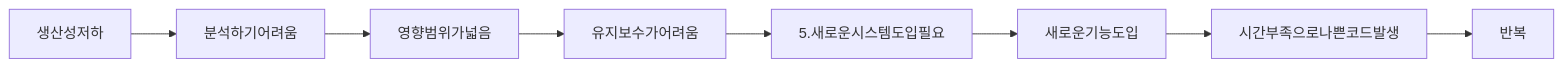
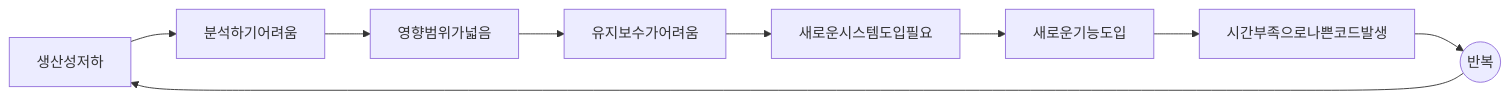
Before and after one commit to deer89/deer89.github.io: the diagram in _posts/readbook/2022-01-22-day1.md, drawn with Mermaid. The commit also changed other lines of this file, not shown here.

````diff
--- a/_posts/readbook/2022-01-22-day1.md
+++ b/_posts/readbook/2022-01-22-day1.md
@@ -26,4 +26,5 @@
-```mermaid
+<div class="mermaid">
 graph LR
-생산성저하-->분석하기어려움-->영향범위가넓음-->유지보수가어려움-->5.새로운시스템도입필요 -->새로운기능도입-->시간부족으로나쁜코드발생-->반복
-```
+t[생산성저하]-->분석하기어려움-->영향범위가넓음-->a[유지보수가어려움]; a-->b
+b[새로운시스템도입필요] -->새로운기능도입-->시간부족으로나쁜코드발생-->c((반복))-->t;
+</div>
````
